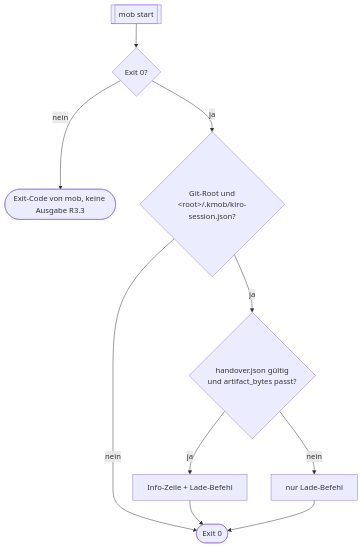
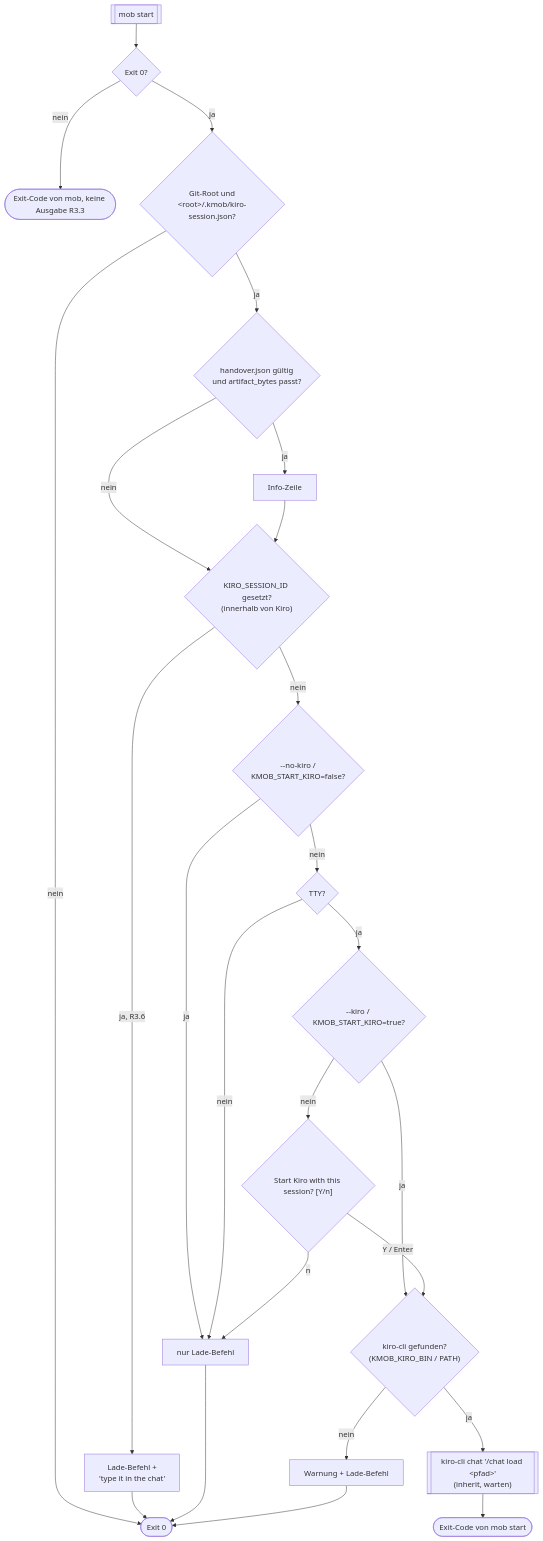
Before and after one commit to ajdf24/kmob: the seventh of 8 diagrams in .kiro/specs/kmob/design.md, drawn with Mermaid. The commit also changed other lines of this file and 3 other files, not shown here.

Commit message:
docs: R3.5/R3.6 start Kiro directly with handed-over session (spike S10, milestone M2b)

````diff
--- a/.kiro/specs/kmob/design.md
+++ b/.kiro/specs/kmob/design.md
@@ -462,12 +464,23 @@
 ```mermaid
 flowchart TD
     A[[mob start]] --> B{Exit 0?}
     B -->|nein| XM([Exit-Code von mob, keine Ausgabe R3.3])
     B -->|ja| C{"Git-Root und<br/>#lt;root#gt;/.kmob/kiro-session.json?"}
     C -->|nein| X0([Exit 0])
     C -->|ja| D{"handover.json gültig<br/>und artifact_bytes passt?"}
-    D -->|ja| E[Info-Zeile + Lade-Befehl]
-    D -->|nein| F[nur Lade-Befehl]
-    E --> X0
-    F --> X0
+    D -->|ja| E[Info-Zeile]
+    D -->|nein| K
+    E --> K{"KIRO_SESSION_ID gesetzt?<br/>(innerhalb von Kiro)"}
+    K -->|ja, R3.6| IN["Lade-Befehl +<br/>'type it in the chat'"] --> X0
+    K -->|nein| N{"--no-kiro /<br/>KMOB_START_KIRO=false?"}
+    N -->|ja| LC[nur Lade-Befehl] --> X0
+    N -->|nein| T{TTY?}
+    T -->|nein| LC
+    T -->|ja| Y{"--kiro / KMOB_START_KIRO=true?"}
+    Y -->|ja| KB
+    Y -->|nein| Q{"Start Kiro with this session? [Y/n]"}
+    Q -->|n| LC
+    Q -->|Y / Enter| KB{"kiro-cli gefunden?<br/>(KMOB_KIRO_BIN / PATH)"}
+    KB -->|nein| W[Warnung + Lade-Befehl] --> X0
+    KB -->|ja| RUN[["kiro-cli chat '/chat load #lt;pfad#gt;'<br/>(inherit, warten)"]] --> XS([Exit-Code von mob start])
 ```
````
